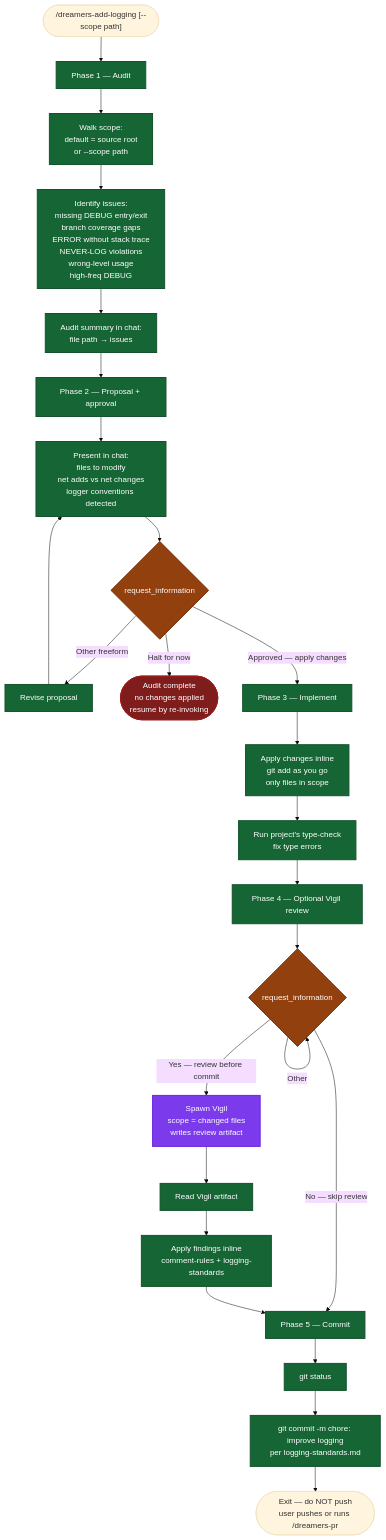
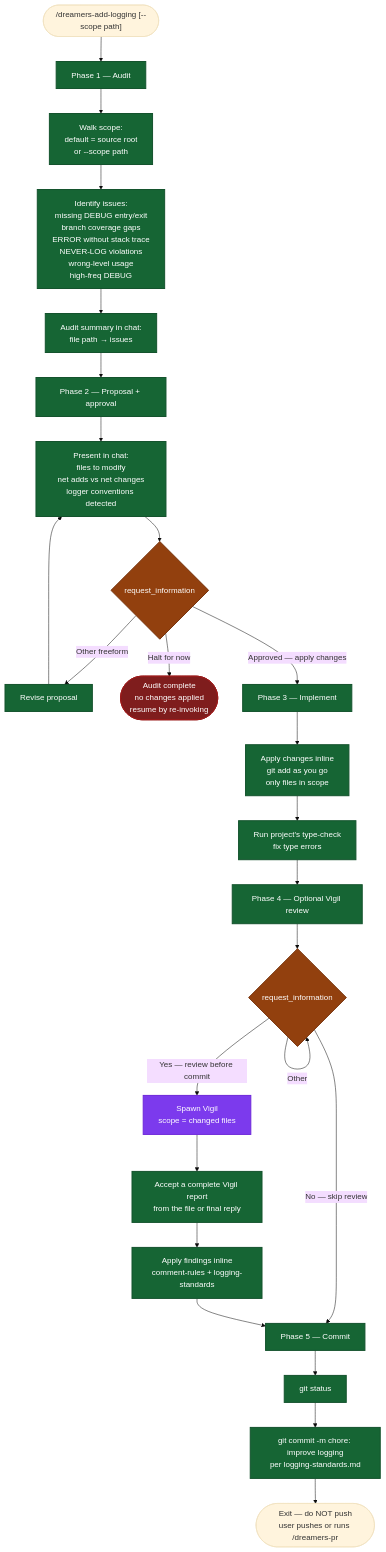
The diagram in .github/skills/dreamers-add-logging/readme.md (mrStorrs/dreamers-copilot), drawn with Mermaid (base theme) before and after one commit. The commit also changed other lines of this file and 35 other files, not shown here.

Commit message:
fix: accept complete Dreamers reviewer handoffs from either channel

````diff
--- a/.github/skills/dreamers-add-logging/readme.md
+++ b/.github/skills/dreamers-add-logging/readme.md
@@ -5,42 +5,42 @@
 ```mermaid
 flowchart TD
     Start(["/dreamers-add-logging [--scope path]"]) --> P1
 
     P1["Phase 1 — Audit"] --> Walk["Walk scope:<br/>default = source root<br/>or --scope path"]
     Walk --> Identify["Identify issues:<br/>missing DEBUG entry/exit<br/>branch coverage gaps<br/>ERROR without stack trace<br/>NEVER-LOG violations<br/>wrong-level usage<br/>high-freq DEBUG"]
     Identify --> Summary["Audit summary in chat:<br/>file path → issues"]
     Summary --> P2
 
     P2["Phase 2 — Proposal + approval"] --> Propose["Present in chat:<br/>files to modify<br/>net adds vs net changes<br/>logger conventions detected"]
     Propose --> ApprovalGate{"request_information"}
     ApprovalGate -->|Other freeform| Revise["Revise proposal"]
     Revise --> Propose
     ApprovalGate -->|Halt for now| HaltA(["Audit complete<br/>no changes applied<br/>resume by re-invoking"])
     ApprovalGate -->|Approved — apply changes| P3
 
     P3["Phase 3 — Implement"] --> Apply["Apply changes inline<br/>git add as you go<br/>only files in scope"]
     Apply --> TypeCheck["Run project's type-check<br/>fix type errors"]
     TypeCheck --> P4
 
     P4["Phase 4 — Optional Vigil review"] --> ReviewGate{"request_information"}
     ReviewGate -->|Other| ReviewGate
     ReviewGate -->|No — skip review| P5
-    ReviewGate -->|Yes — review before commit| SpawnVigil["Spawn Vigil<br/>scope = changed files<br/>writes review artifact"]
-    SpawnVigil --> ReadArtifact["Read Vigil artifact"]
-    ReadArtifact --> ApplyFindings["Apply findings inline<br/>comment-rules + logging-standards"]
+    ReviewGate -->|Yes — review before commit| SpawnVigil["Spawn Vigil<br/>scope = changed files"]
+    SpawnVigil --> CollectReview["Accept a complete Vigil report<br/>from the file or final reply"]
+    CollectReview --> ApplyFindings["Apply findings inline<br/>comment-rules + logging-standards"]
     ApplyFindings --> P5
 
     P5["Phase 5 — Commit"] --> Status["git status"]
     Status --> Commit["git commit -m chore: improve logging<br/>per logging-standards.md"]
     Commit --> End(["Exit — do NOT push<br/>user pushes or runs /dreamers-pr"])
 
     classDef gate fill:#92400e,stroke:#78350f,stroke-width:2px,color:#fff
     classDef halt fill:#7f1d1d,stroke:#991b1b,stroke-width:2px,color:#fff
     classDef phase fill:#166534,stroke:#14532d,stroke-width:2px,color:#fff
     classDef agent fill:#7c3aed,stroke:#6d28d9,stroke-width:2px,color:#fff
 
     class ApprovalGate,ReviewGate gate
     class HaltA halt
     class SpawnVigil agent
-    class P1,P2,P3,P4,P5,Walk,Identify,Summary,Propose,Revise,Apply,TypeCheck,ReadArtifact,ApplyFindings,Status,Commit phase
+    class P1,P2,P3,P4,P5,Walk,Identify,Summary,Propose,Revise,Apply,TypeCheck,CollectReview,ApplyFindings,Status,Commit phase
 ```
````
